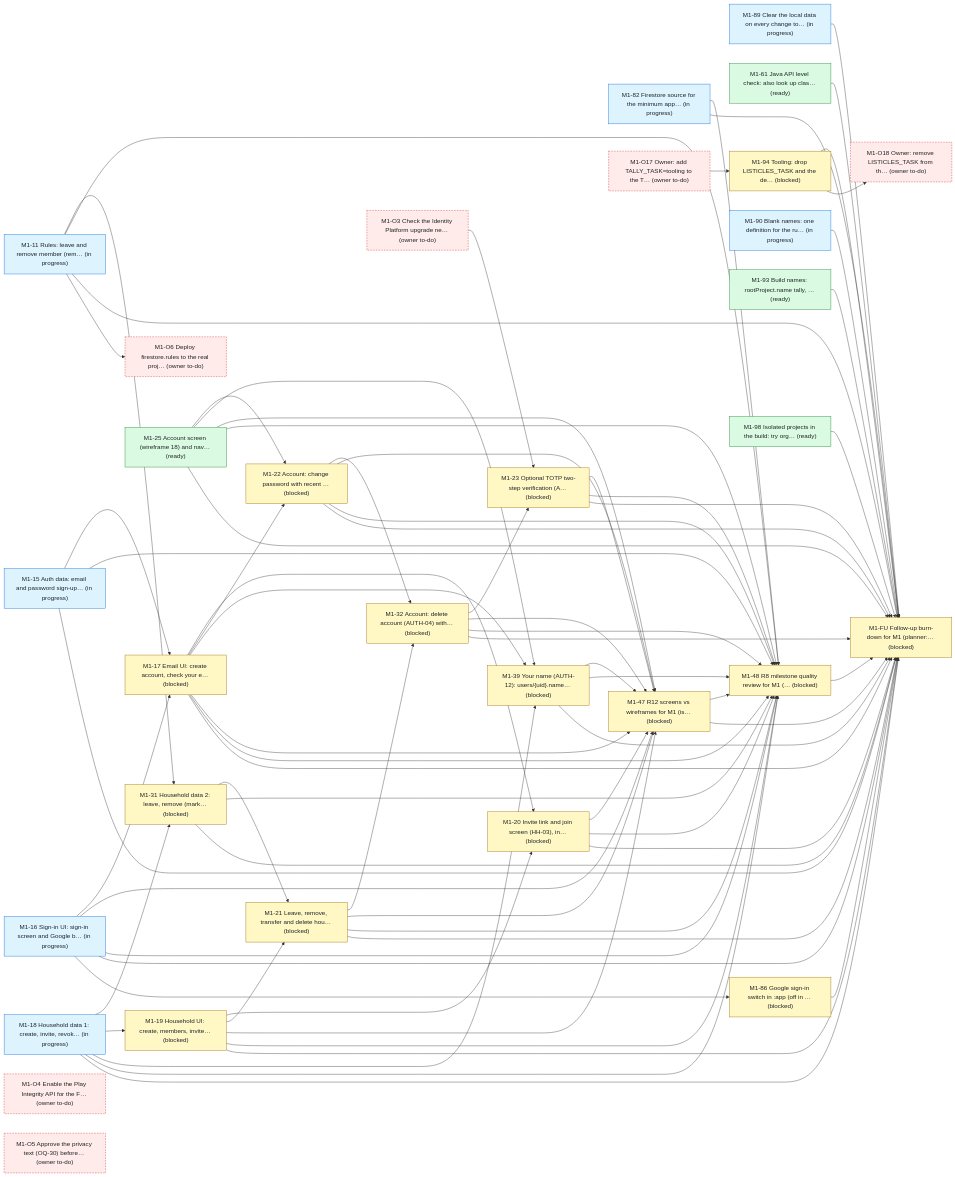
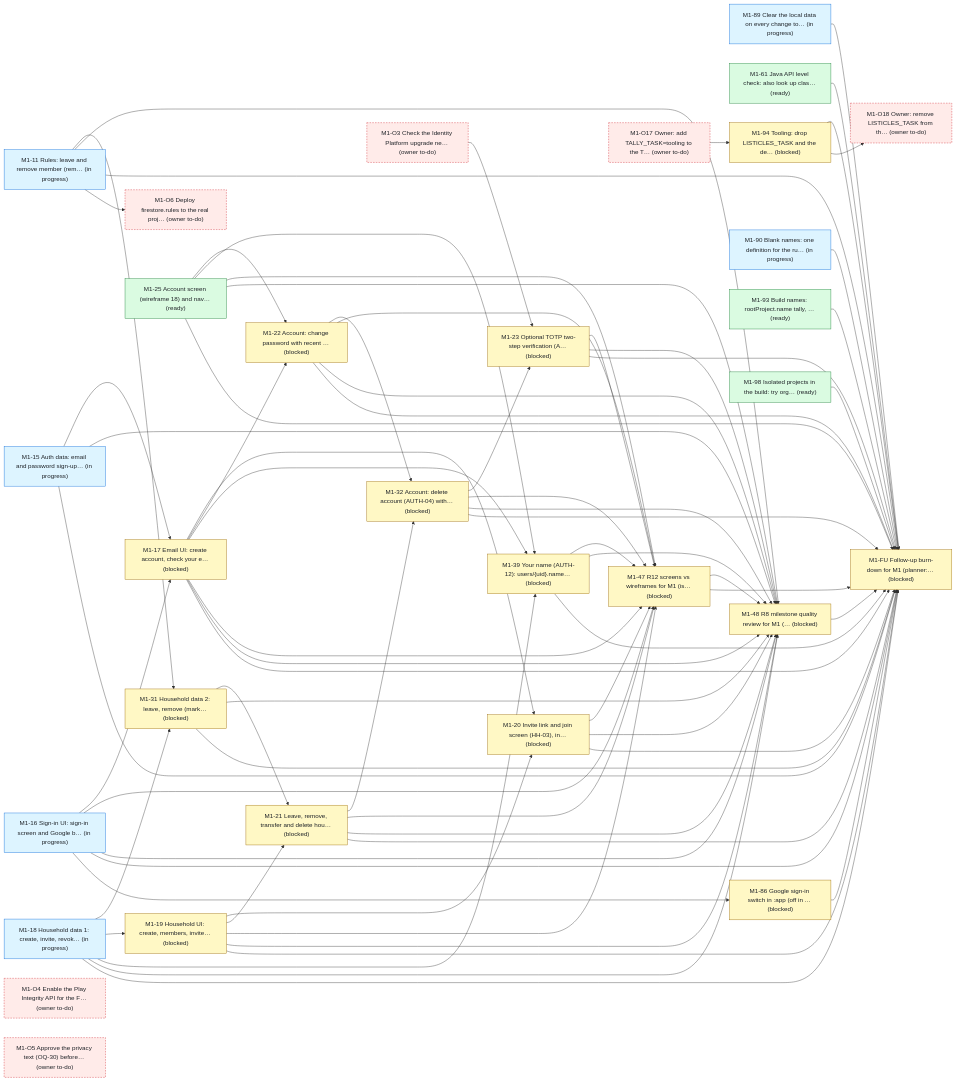
One commit to bondo/listicles2 changed the first of 4 diagrams in status.md. Above: the diagram before and after it, drawn with Mermaid. The commit also changed other lines of this file and 3 other files, not shown here.

````diff
--- a/status.md
+++ b/status.md
@@ -241,108 +241,105 @@
 ```mermaid
 flowchart LR
     n0["M1-11 Rules: leave and remove member (rem… (in progress)"]:::progress
-    n1["M1-82 Firestore source for the minimum app… (in progress)"]:::progress
-    n2["M1-89 Clear the local data on every change to… (in progress)"]:::progress
-    n3["M1-15 Auth data: email and password sign-up… (in progress)"]:::progress
-    n4["M1-16 Sign-in UI: sign-in screen and Google b… (in progress)"]:::progress
-    n5["M1-17 Email UI: create account, check your e… (blocked)"]:::blocked
-    n6["M1-18 Household data 1: create, invite, revok… (in progress)"]:::progress
-    n7["M1-31 Household data 2: leave, remove (mark… (blocked)"]:::blocked
-    n8["M1-19 Household UI: create, members, invite… (blocked)"]:::blocked
-    n9["M1-20 Invite link and join screen (HH-03), in… (blocked)"]:::blocked
-    n10["M1-21 Leave, remove, transfer and delete hou… (blocked)"]:::blocked
-    n11["M1-22 Account: change password with recent … (blocked)"]:::blocked
-    n12["M1-32 Account: delete account (AUTH-04) with… (blocked)"]:::blocked
-    n13["M1-23 Optional TOTP two-step verification (A… (blocked)"]:::blocked
-    n14["M1-25 Account screen (wireframe 18) and nav… (ready)"]:::ready
-    n15["M1-61 Java API level check: also look up clas… (ready)"]:::ready
-    n16["M1-39 Your name (AUTH-12): users/{uid}.name… (blocked)"]:::blocked
-    n17["M1-47 R12 screens vs wireframes for M1 (is… (blocked)"]:::blocked
-    n18["M1-48 R8 milestone quality review for M1 (… (blocked)"]:::blocked
-    n19["M1-FU Follow-up burn-down for M1 (planner:… (blocked)"]:::blocked
-    n20["M1-O3 Check the Identity Platform upgrade ne… (owner to-do)"]:::owner
-    n21["M1-O4 Enable the Play Integrity API for the F… (owner to-do)"]:::owner
-    n22["M1-O5 Approve the privacy text (OQ-30) before… (owner to-do)"]:::owner
-    n23["M1-O6 Deploy firestore.rules to the real proj… (owner to-do)"]:::owner
-    n24["M1-86 Google sign-in switch in :app (off in … (blocked)"]:::blocked
-    n25["M1-90 Blank names: one definition for the ru… (in progress)"]:::progress
-    n26["M1-93 Build names: rootProject.name tally, … (ready)"]:::ready
-    n27["M1-94 Tooling: drop LISTICLES_TASK and the de… (blocked)"]:::blocked
-    n28["M1-98 Isolated projects in the build: try org… (ready)"]:::ready
-    n29["M1-O17 Owner: add TALLY_TASK=tooling to the T… (owner to-do)"]:::owner
-    n30["M1-O18 Owner: remove LISTICLES_TASK from th… (owner to-do)"]:::owner
-    n3 --> n5
-    n4 --> n5
-    n0 --> n7
-    n6 --> n7
-    n6 --> n8
-    n8 --> n9
-    n5 --> n9
-    n8 --> n10
-    n7 --> n10
-    n5 --> n11
-    n14 --> n11
+    n1["M1-89 Clear the local data on every change to… (in progress)"]:::progress
+    n2["M1-15 Auth data: email and password sign-up… (in progress)"]:::progress
+    n3["M1-16 Sign-in UI: sign-in screen and Google b… (in progress)"]:::progress
+    n4["M1-17 Email UI: create account, check your e… (blocked)"]:::blocked
+    n5["M1-18 Household data 1: create, invite, revok… (in progress)"]:::progress
+    n6["M1-31 Household data 2: leave, remove (mark… (blocked)"]:::blocked
+    n7["M1-19 Household UI: create, members, invite… (blocked)"]:::blocked
+    n8["M1-20 Invite link and join screen (HH-03), in… (blocked)"]:::blocked
+    n9["M1-21 Leave, remove, transfer and delete hou… (blocked)"]:::blocked
+    n10["M1-22 Account: change password with recent … (blocked)"]:::blocked
+    n11["M1-32 Account: delete account (AUTH-04) with… (blocked)"]:::blocked
+    n12["M1-23 Optional TOTP two-step verification (A… (blocked)"]:::blocked
+    n13["M1-25 Account screen (wireframe 18) and nav… (ready)"]:::ready
+    n14["M1-61 Java API level check: also look up clas… (ready)"]:::ready
+    n15["M1-39 Your name (AUTH-12): users/{uid}.name… (blocked)"]:::blocked
+    n16["M1-47 R12 screens vs wireframes for M1 (is… (blocked)"]:::blocked
+    n17["M1-48 R8 milestone quality review for M1 (… (blocked)"]:::blocked
+    n18["M1-FU Follow-up burn-down for M1 (planner:… (blocked)"]:::blocked
+    n19["M1-O3 Check the Identity Platform upgrade ne… (owner to-do)"]:::owner
+    n20["M1-O4 Enable the Play Integrity API for the F… (owner to-do)"]:::owner
+    n21["M1-O5 Approve the privacy text (OQ-30) before… (owner to-do)"]:::owner
+    n22["M1-O6 Deploy firestore.rules to the real proj… (owner to-do)"]:::owner
+    n23["M1-86 Google sign-in switch in :app (off in … (blocked)"]:::blocked
+    n24["M1-90 Blank names: one definition for the ru… (in progress)"]:::progress
+    n25["M1-93 Build names: rootProject.name tally, … (ready)"]:::ready
+    n26["M1-94 Tooling: drop LISTICLES_TASK and the de… (blocked)"]:::blocked
+    n27["M1-98 Isolated projects in the build: try org… (ready)"]:::ready
+    n28["M1-O17 Owner: add TALLY_TASK=tooling to the T… (owner to-do)"]:::owner
+    n29["M1-O18 Owner: remove LISTICLES_TASK from th… (owner to-do)"]:::owner
+    n2 --> n4
+    n3 --> n4
+    n0 --> n6
+    n5 --> n6
+    n5 --> n7
+    n7 --> n8
+    n4 --> n8
+    n7 --> n9
+    n6 --> n9
+    n4 --> n10
+    n13 --> n10
+    n10 --> n11
+    n9 --> n11
     n11 --> n12
-    n10 --> n12
-    n12 --> n13
-    n20 --> n13
-    n6 --> n16
-    n5 --> n16
-    n14 --> n16
+    n19 --> n12
+    n5 --> n15
+    n4 --> n15
+    n13 --> n15
+    n3 --> n16
+    n4 --> n16
+    n7 --> n16
+    n8 --> n16
+    n9 --> n16
+    n10 --> n16
+    n12 --> n16
+    n13 --> n16
+    n11 --> n16
+    n15 --> n16
+    n0 --> n17
+    n2 --> n17
+    n3 --> n17
     n4 --> n17
     n5 --> n17
+    n7 --> n17
     n8 --> n17
     n9 --> n17
     n10 --> n17
+    n12 --> n17
+    n13 --> n17
+    n6 --> n17
     n11 --> n17
-    n13 --> n17
-    n14 --> n17
-    n12 --> n17
+    n15 --> n17
     n16 --> n17
+    n1 --> n18
+    n24 --> n18
     n0 --> n18
+    n25 --> n18
+    n26 --> n18
+    n27 --> n18
+    n2 --> n18
     n3 --> n18
     n4 --> n18
     n5 --> n18
-    n6 --> n18
+    n7 --> n18
     n8 --> n18
     n9 --> n18
     n10 --> n18
+    n12 --> n18
+    n13 --> n18
+    n6 --> n18
     n11 --> n18
-    n13 --> n18
-    n14 --> n18
-    n7 --> n18
-    n12 --> n18
+    n15 --> n18
     n16 --> n18
     n17 --> n18
-    n1 --> n18
-    n2 --> n19
-    n25 --> n19
-    n0 --> n19
-    n26 --> n19
-    n27 --> n19
-    n28 --> n19
-    n3 --> n19
-    n4 --> n19
-    n5 --> n19
-    n6 --> n19
-    n8 --> n19
-    n9 --> n19
-    n10 --> n19
-    n11 --> n19
-    n13 --> n19
-    n14 --> n19
-    n7 --> n19
-    n12 --> n19
-    n16 --> n19
-    n17 --> n19
-    n18 --> n19
-    n15 --> n19
-    n1 --> n19
-    n24 --> n19
-    n0 --> n23
-    n4 --> n24
-    n29 --> n27
-    n27 --> n30
+    n14 --> n18
+    n23 --> n18
+    n0 --> n22
+    n3 --> n23
+    n28 --> n26
+    n26 --> n29
     classDef ready fill:#dafbe1,stroke:#1a7f37,color:#1f2328
     classDef progress fill:#ddf4ff,stroke:#0969da,color:#1f2328
     classDef blocked fill:#fff8c5,stroke:#9a6700,color:#1f2328
````
